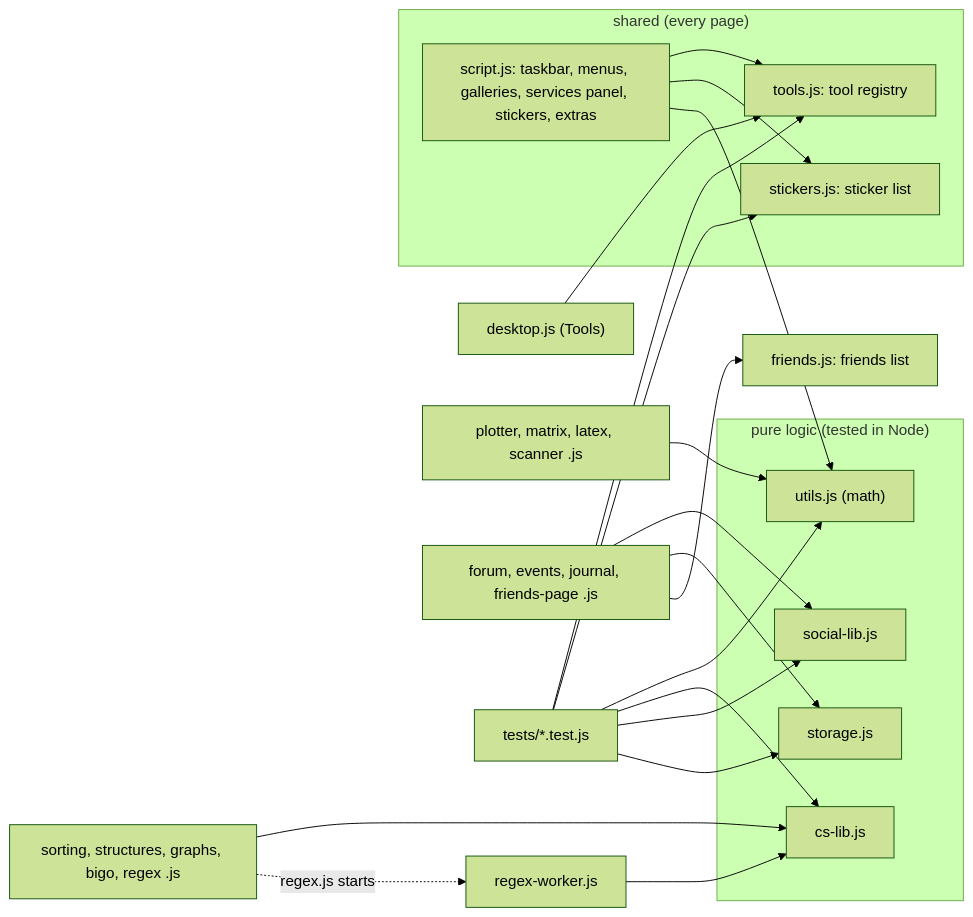
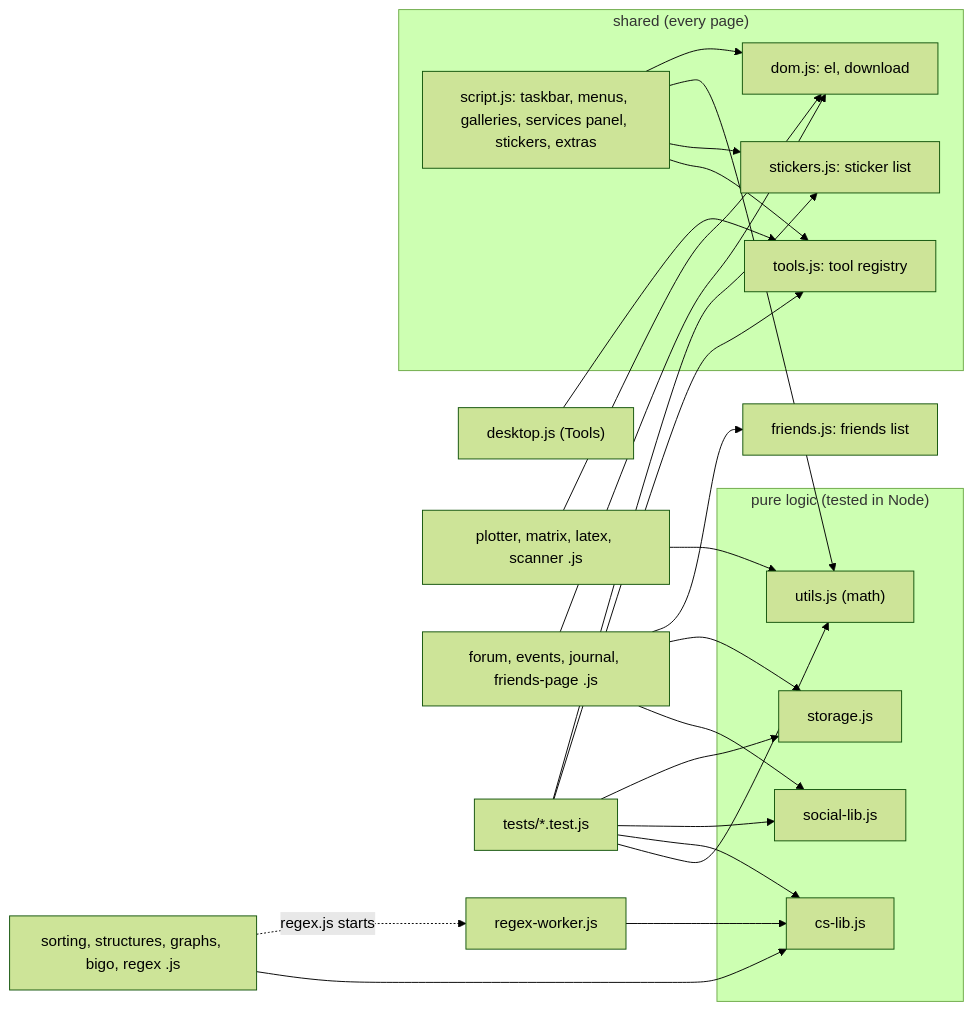
Before and after one commit to ChrisMedkit/CS-235-IntroToAI: the sixth of 13 diagrams in DIAGRAM.md, drawn with Mermaid (forest theme). The commit also changed 15 other files, not shown here.

````diff
--- a/DIAGRAM.md
+++ b/DIAGRAM.md
@@ -92,23 +92,25 @@
 ```mermaid
 flowchart LR
   subgraph shared["shared (every page)"]
     SC["script.js: taskbar, menus, galleries, services panel, stickers, extras"]
     TL["tools.js: tool registry"]
     STK["stickers.js: sticker list"]
+    DOM["dom.js: el, download"]
   end
   subgraph libs["pure logic (tested in Node)"]
     U["utils.js (math)"]
     CL["cs-lib.js"]
     SL["social-lib.js"]
     ST["storage.js"]
   end
-  SC --> TL & STK & U
+  SC --> TL & STK & U & DOM
   DK["desktop.js (Tools)"] --> TL
   MATH["plotter, matrix, latex, scanner .js"] --> U
   CS["sorting, structures, graphs, bigo, regex .js"] --> CL
   RW["regex-worker.js"] --> CL
   CS -. "regex.js starts" .-> RW
   SOC["forum, events, journal, friends-page .js"] --> SL & ST
   SOC --> FR["friends.js: friends list"]
+  SOC & MATH --> DOM
   T["tests/*.test.js"] --> U & CL & SL & ST & TL & STK
 ```
````
